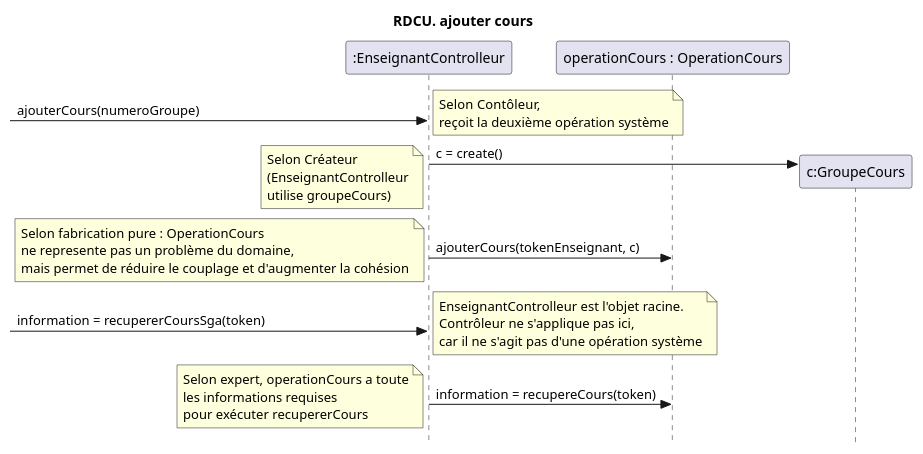
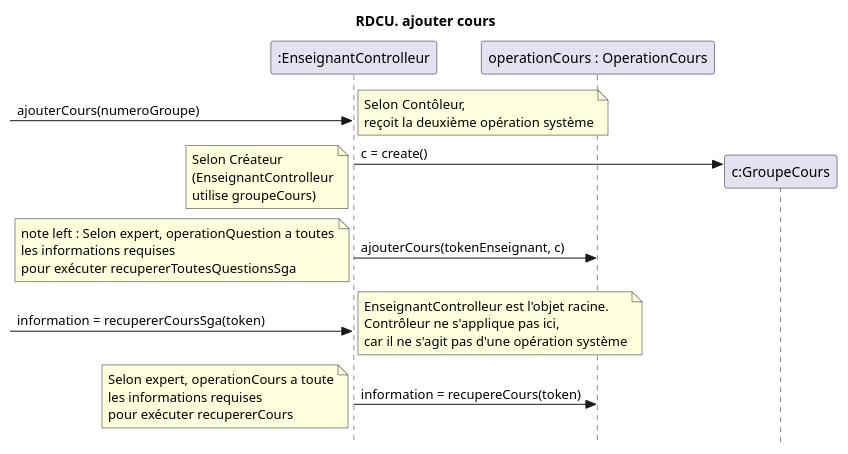
Before and after one commit to nerdz88/SGA-TS: the diagram in docs/Ajouter cours/RDCU_ajouterCours.puml, drawn with PlantUML. The commit also changed 6 other files, not shown here.

```diff
--- a/docs/Ajouter cours/RDCU_ajouterCours.puml
+++ b/docs/Ajouter cours/RDCU_ajouterCours.puml
@@ -1,20 +1,20 @@
 @startuml creerNouveauCours
 skinparam style strictuml
 skinparam defaultfontname Verdana
 title RDCU. ajouter cours
 participant ":EnseignantControlleur" as sga
 participant "operationCours : OperationCours" as map
 participant "c:GroupeCours" as cours
 
 -> sga : ajouterCours(numeroGroupe)
  note left : Selon Contôleur,\nreçoit la deuxième opération système
   create cours
   sga->cours : c = create()
   note left : Selon Créateur\n(EnseignantControlleur\nutilise groupeCours)
   sga->map : ajouterCours(tokenEnseignant, c)
-  note left : Selon fabrication pure : OperationCours\nne represente pas un problème du domaine,\nmais permet de réduire le couplage et d'augmenter la cohésion
+  note left : note left : Selon expert, operationQuestion a toutes\nles informations requises\npour exécuter recupererToutesQuestionsSga
   -> sga : information = recupererCoursSga(token)
   note left : EnseignantControlleur est l'objet racine.\nContrôleur ne s'applique pas ici,\ncar il ne s'agit pas d'une opération système
   sga -> map : information = recupereCours(token)
   note left : Selon expert, operationCours a toute\nles informations requises\npour exécuter recupererCours
   @enduml
```
